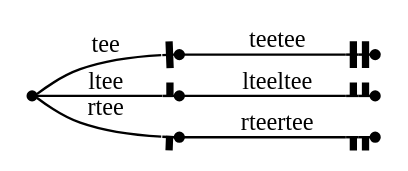
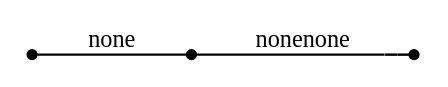
The diagram in out/clusters.out.08.007.gv (graphviz-perl/GraphViz2-Marpa-PathUtils), drawn with Graphviz before and after one commit. The commit also changed 50 other files, not shown here.

```diff
--- a/out/clusters.out.08.007.gv
+++ b/out/clusters.out.08.007.gv
@@ -1,13 +1,9 @@
 digraph G
 {
 	graph[rankdir = "LR" nodesep = "0"]
 	node[shape = "point" label = ""]
 	edge[fontsize = "10"]
-	_tee -> tee[arrowhead = "tee" label = "tee"]
-	tee -> teetee[arrowhead = "teetee" label = "teetee"]
-	_tee -> ltee[arrowhead = "ltee" label = "ltee"]
-	ltee -> lteeltee[arrowhead = "lteeltee" label = "lteeltee"]
-	_tee -> rtee[arrowhead = "rtee" label = "rtee"]
-	rtee -> rteertee[arrowhead = "rteertee" label = "rteertee"]
+	_none -> none[arrowhead = "none" label = "none"]
+	none -> nonenone[arrowhead = "nonenone" label = "nonenone"]
 
 }
```
